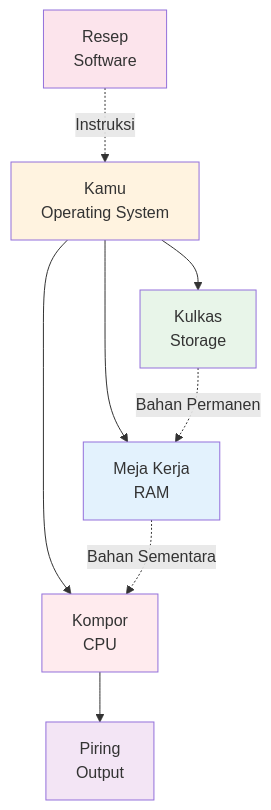
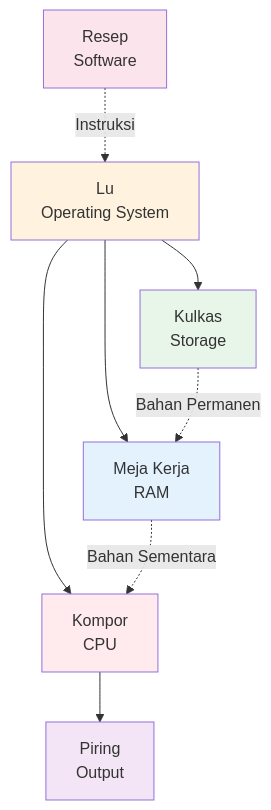
One commit to muhammad-rapi/belajar-it-course changed the diagram in module-1-dasar-komputer/lesson-01-apa-itu-komputer/konsep-dasar.md. Above: the diagram before and after it, drawn with Mermaid. The commit also changed other lines of this file and 20 other files, not shown here.

````diff
--- a/module-1-dasar-komputer/lesson-01-apa-itu-komputer/konsep-dasar.md
+++ b/module-1-dasar-komputer/lesson-01-apa-itu-komputer/konsep-dasar.md
@@ -22,19 +22,19 @@
 ```mermaid
 graph TD
-    A[Kamu<br/>Operating System] --> B[Kompor<br/>CPU]
+    A[Lu<br/>Operating System] --> B[Kompor<br/>CPU]
     A --> C[Meja Kerja<br/>RAM]
     A --> D[Kulkas<br/>Storage]
     
     B --> E[Piring<br/>Output]
     C -.Bahan Sementara.-> B
     D -.Bahan Permanen.-> C
     
     F[Resep<br/>Software] -.Instruksi.-> A
     
     style A fill:#fff3e0
     style B fill:#ffebee
     style C fill:#e3f2fd
     style D fill:#e8f5e9
     style E fill:#f3e5f5
     style F fill:#fce4ec
 ```
````
